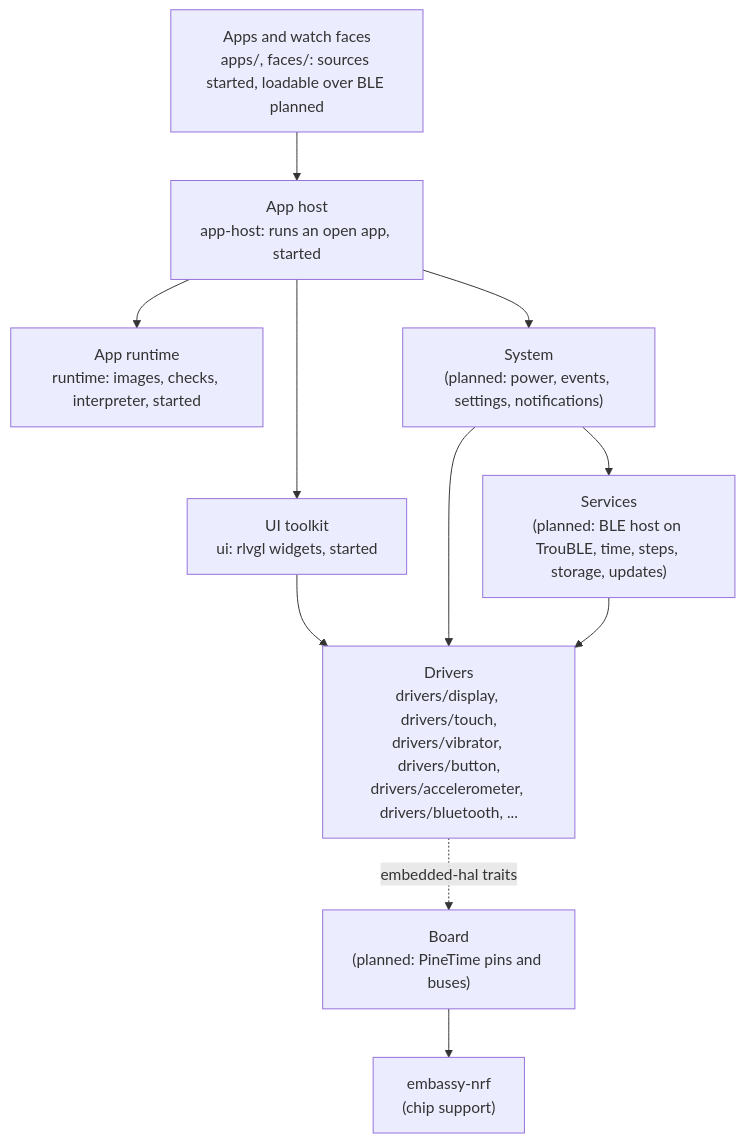
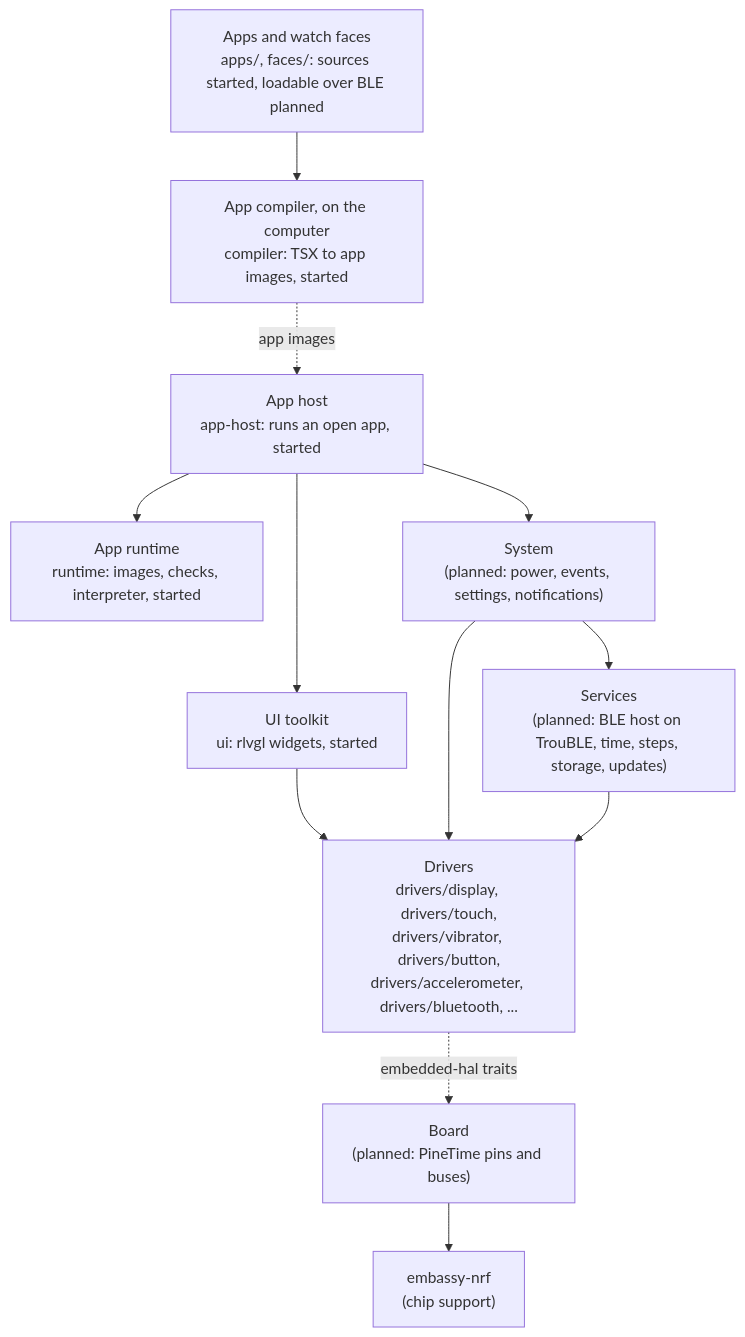
Before and after one commit to BeatLink/BattleTime: the diagram in docs/architecture.md, drawn with Mermaid. The commit also changed other lines of this file and 20 other files, not shown here.

First line of the commit message:
feat(compiler): compile Preact apps into NeoTime app images

````diff
--- a/docs/architecture.md
+++ b/docs/architecture.md
@@ -28,23 +28,25 @@
 ```mermaid
 flowchart TB
     apps["Apps and watch faces<br/>apps/, faces/: sources started, loadable over BLE planned"]
     host["App host<br/>app-host: runs an open app, started"]
+    compiler["App compiler, on the computer<br/>compiler: TSX to app images, started"]
     runtime["App runtime<br/>runtime: images, checks, interpreter, started"]
     ui["UI toolkit<br/>ui: rlvgl widgets, started"]
     system["System<br/>(planned: power, events, settings, notifications)"]
     services["Services<br/>(planned: BLE host on TrouBLE, time, steps, storage, updates)"]
     drivers["Drivers<br/>drivers/display, drivers/touch,<br/>drivers/vibrator, drivers/button,<br/>drivers/accelerometer, drivers/bluetooth, ..."]
     board["Board<br/>(planned: PineTime pins and buses)"]
     hal["embassy-nrf<br/>(chip support)"]
 
-    apps --> host
+    apps --> compiler
+    compiler -. app images .-> host
     host --> runtime
     host --> ui
     host --> system
     ui --> drivers
     system --> services
     system --> drivers
     services --> drivers
     drivers -. embedded-hal traits .-> board
     board --> hal
 ```
````
